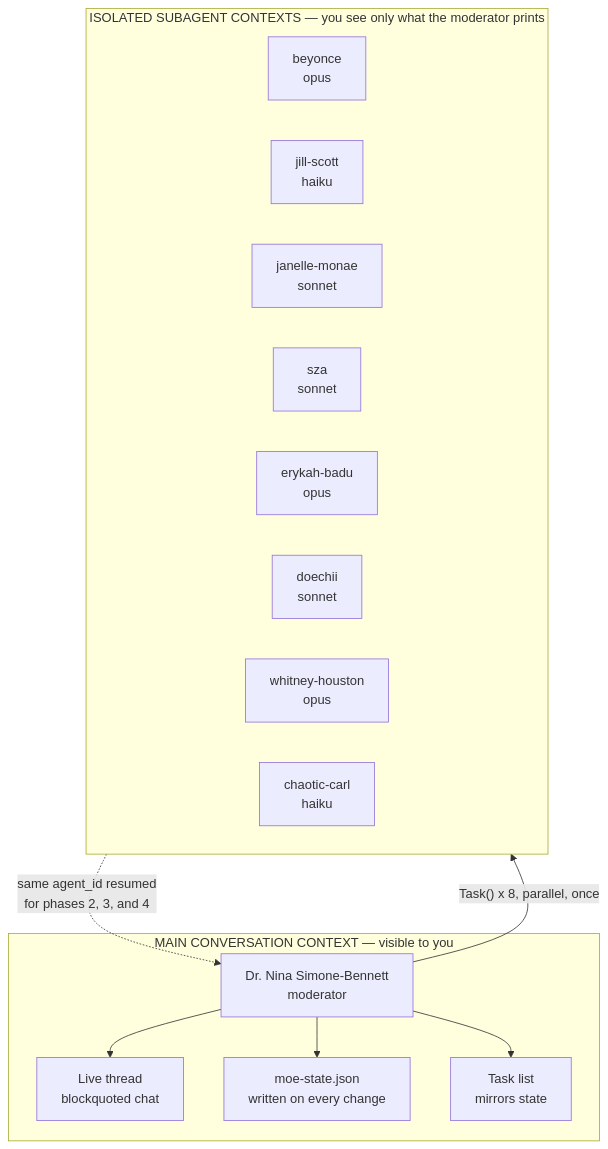
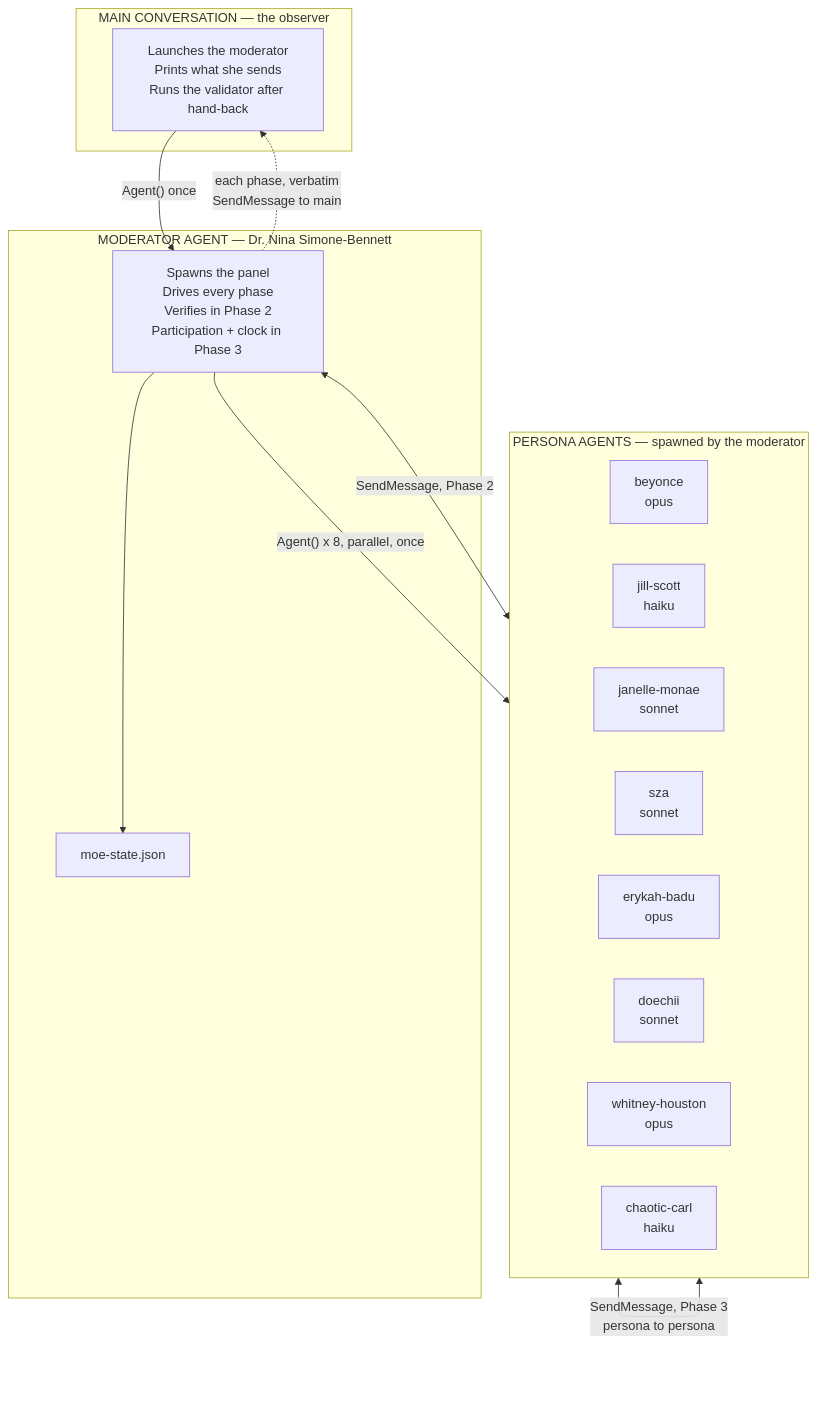
Before and after one commit to bgreg/moe-peer-review: the first of 2 diagrams in docs/architecture.md, drawn with Mermaid. The commit also changed other lines of this file and 7 other files, not shown here.

````diff
--- a/docs/architecture.md
+++ b/docs/architecture.md
@@ -38,26 +49,29 @@
 ```mermaid
 flowchart TB
-    subgraph main["MAIN CONVERSATION CONTEXT — visible to you"]
-        MOD["Dr. Nina Simone-Bennett<br/>moderator"]
-        THREAD["Live thread<br/>blockquoted chat"]
-        STATE["moe-state.json<br/>written on every change"]
-        TASKS["Task list<br/>mirrors state"]
-        MOD --> THREAD
-        MOD --> STATE
-        MOD --> TASKS
+    subgraph obs["MAIN CONVERSATION — the observer"]
+        OBS["Launches the moderator<br/>Prints what she sends<br/>Runs the validator after hand-back"]
     end
 
-    subgraph subs["ISOLATED SUBAGENT CONTEXTS — you see only what the moderator prints"]
+    subgraph mod["MODERATOR AGENT — Dr. Nina Simone-Bennett"]
+        MOD["Spawns the panel<br/>Drives every phase<br/>Verifies in Phase 2<br/>Participation + clock in Phase 3"]
+        STATE["moe-state.json"]
+        MOD --> STATE
+    end
+
+    subgraph subs["PERSONA AGENTS — spawned by the moderator"]
         B["beyonce<br/>opus"]
         J["jill-scott<br/>haiku"]
         JM["janelle-monae<br/>sonnet"]
         S["sza<br/>sonnet"]
         E["erykah-badu<br/>opus"]
         D["doechii<br/>sonnet"]
         W["whitney-houston<br/>opus"]
         C["chaotic-carl<br/>haiku"]
     end
 
-    MOD -->|"Task() x 8, parallel, once"| subs
-    subs -.->|"same agent_id resumed<br/>for phases 2, 3, and 4"| MOD
+    OBS -->|"Agent() once"| MOD
+    MOD -.->|"each phase, verbatim<br/>SendMessage to main"| OBS
+    MOD -->|"Agent() x 8, parallel, once"| subs
+    MOD <-->|"SendMessage, Phase 2"| subs
+    subs <-->|"SendMessage, Phase 3<br/>persona to persona"| subs
 ```
````
